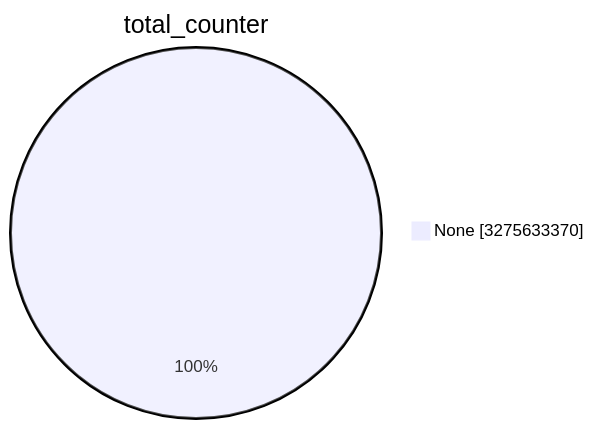
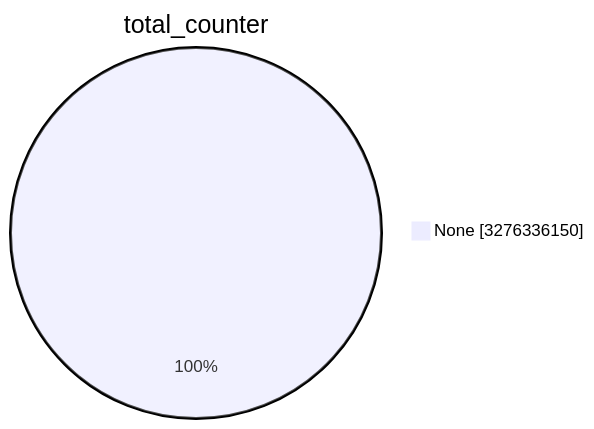
The first of 15 diagrams in TOTAL/README.md (christiankrug/ctmonitor_visualization), drawn with Mermaid before and after one commit. The commit also changed other lines of this file, not shown here.

````diff
--- a/TOTAL/README.md
+++ b/TOTAL/README.md
@@ -1,5 +1,5 @@
 ```mermaid
 pie showData
 title total_counter
-"None" :3275633370
+"None" :3276336150
 ```
````
